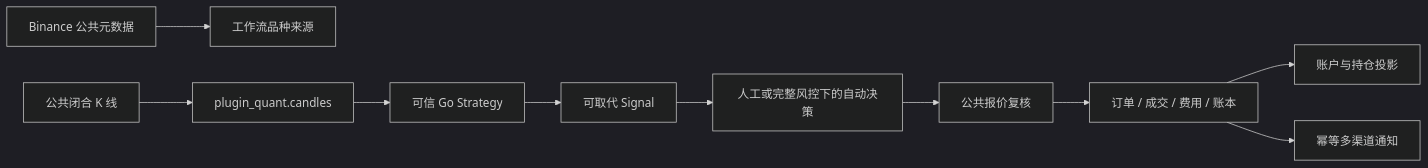
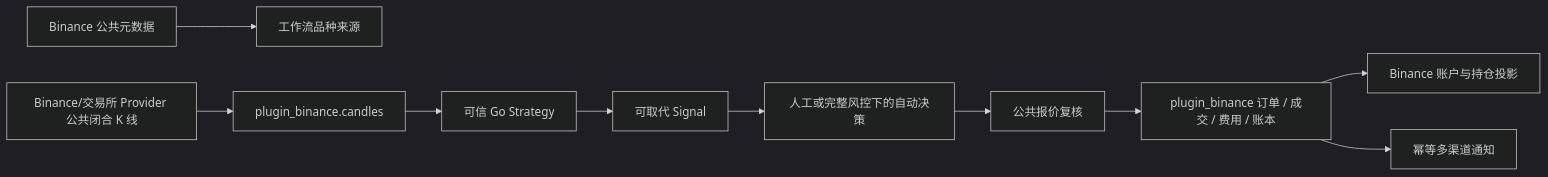
Before and after one commit to CoderLTS/coinsphere-go: the sixth of 6 diagrams in docs/architecture/overview.md, drawn with Mermaid (dark theme). The commit also changed other lines of this file and 107 other files, not shown here.

````diff
--- a/docs/architecture/overview.md
+++ b/docs/architecture/overview.md
@@ -193,12 +193,12 @@
 ```mermaid
 flowchart LR
     META["Binance 公共元数据"] --> INSTRUMENTS["工作流品种来源"]
-    MARKET["公共闭合 K 线"] --> CANDLES["plugin_quant.candles"]
+    MARKET["Binance/交易所 Provider 公共闭合 K 线"] --> CANDLES["plugin_binance.candles"]
     CANDLES --> STRATEGY["可信 Go Strategy"]
     STRATEGY --> SIGNAL["可取代 Signal"]
     SIGNAL --> DECISION["人工或完整风控下的自动决策"]
     DECISION --> QUOTE["公共报价复核"]
-    QUOTE --> PAPER["订单 / 成交 / 费用 / 账本"]
-    PAPER --> PROJECTION["账户与持仓投影"]
+    QUOTE --> PAPER["plugin_binance 订单 / 成交 / 费用 / 账本"]
+    PAPER --> PROJECTION["Binance 账户与持仓投影"]
     PAPER --> NOTIFY["幂等多渠道通知"]
 ```
````
